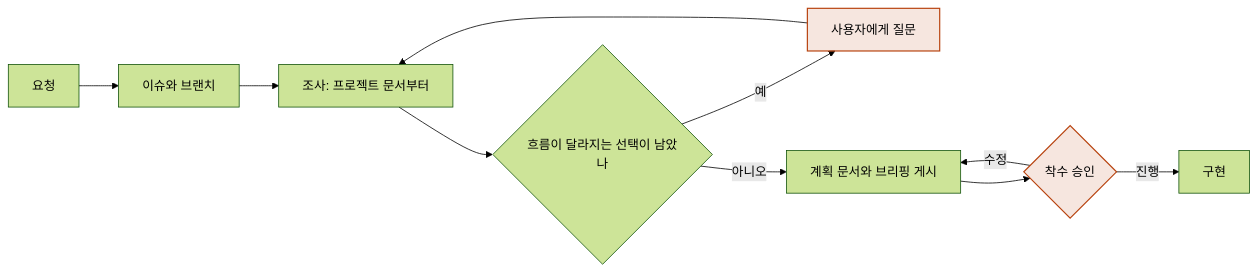
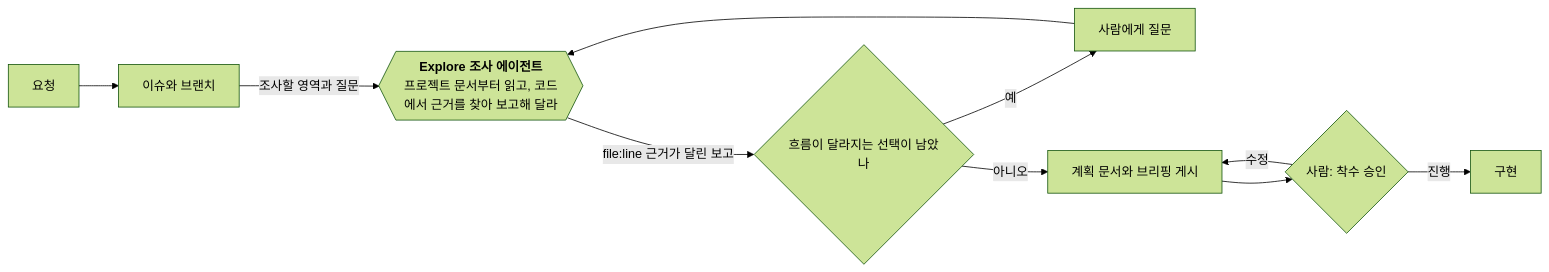
One commit to dincal/agent_logbook changed the first of 4 diagrams in docs/system/flows.md. Above: the diagram before and after it, drawn with Mermaid (forest theme). The commit also changed other lines of this file and 24 other files, not shown here.

````diff
--- a/docs/system/flows.md
+++ b/docs/system/flows.md
@@ -21,14 +19,13 @@
 ```mermaid
 flowchart LR
   A["요청"] --> B["이슈와 브랜치"]
-  B --> C["조사: 프로젝트 문서부터"]
-  C --> D{"흐름이 달라지는 선택이 남았나"}
-  D -->|"예"| Q["사용자에게 질문"]
+  B -->|"조사할 영역과 질문"| C{{"`**Explore 조사 에이전트**
+  프로젝트 문서부터 읽고, 코드에서 근거를 찾아 보고해 달라`"}}
+  C -->|"file:line 근거가 달린 보고"| D{"흐름이 달라지는 선택이 남았나"}
+  D -->|"예"| Q["사람에게 질문"]
   Q --> C
   D -->|"아니오"| E["계획 문서와 브리핑 게시"]
-  E --> F{"착수 승인"}
+  E --> F{"사람: 착수 승인"}
   F -->|"진행"| G["구현"]
   F -->|"수정"| E
-  classDef human fill:#B8430F22,stroke:#B8430F,stroke-width:1.5px
-  class Q,F human
 ```
````
